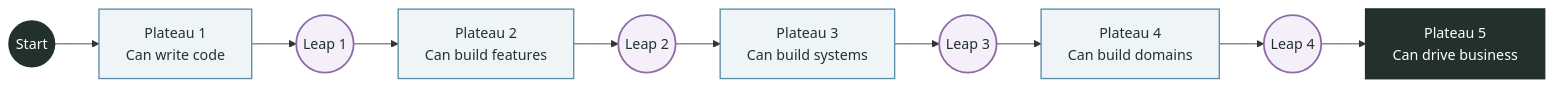
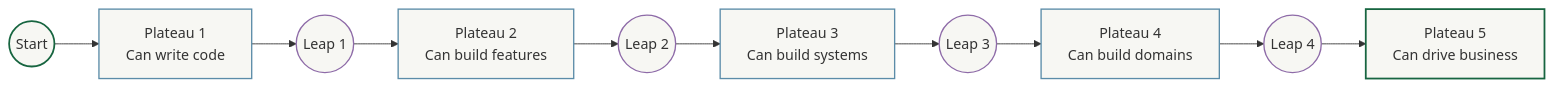
One commit to Fatejian/frontier-vault changed the second of 3 diagrams in docs/en/career/growth-path.md. Above: the diagram before and after it, drawn with Mermaid. The commit also changed other lines of this file and 65 other files, not shown here.

First line of the commit message:
fix(theme): unify mermaid chart palette and remove solid core fills

````diff
--- a/docs/en/career/growth-path.md
+++ b/docs/en/career/growth-path.md
@@ -99,23 +99,23 @@
 ```mermaid
 flowchart LR
     P1((Start))
     P2["Plateau 1<br/>Can write code"]
     P3((Leap 1))
     P4["Plateau 2<br/>Can build features"]
     P5((Leap 2))
     P6["Plateau 3<br/>Can build systems"]
     P7((Leap 3))
     P8["Plateau 4<br/>Can build domains"]
     P9((Leap 4))
     P10["Plateau 5<br/>Can drive business"]
 
     P1 --> P2 --> P3 --> P4 --> P5 --> P6 --> P7 --> P8 --> P9 --> P10
 
-    classDef core fill:#22322B,color:#fff,stroke:#22322B,stroke-width:2px;
-    classDef wait fill:#EFF5F7,stroke:#5B8CA8,color:#22322B,stroke-width:1.5px;
-    classDef metric fill:#F4EFF8,stroke:#8E6BA8,color:#22322B,stroke-width:2px;
+    classDef core fill:#F7F7F3,stroke:#176540,stroke-width:2px;
+    classDef wait fill:#F7F7F3,stroke:#5B8CA8,stroke-width:1.5px;
+    classDef metric fill:#F7F7F3,stroke:#8E6BA8,stroke-width:1.5px;
 
     class P1,P10 core;
     class P2,P4,P6,P8 wait;
     class P3,P5,P7,P9 metric;
 ```
````
